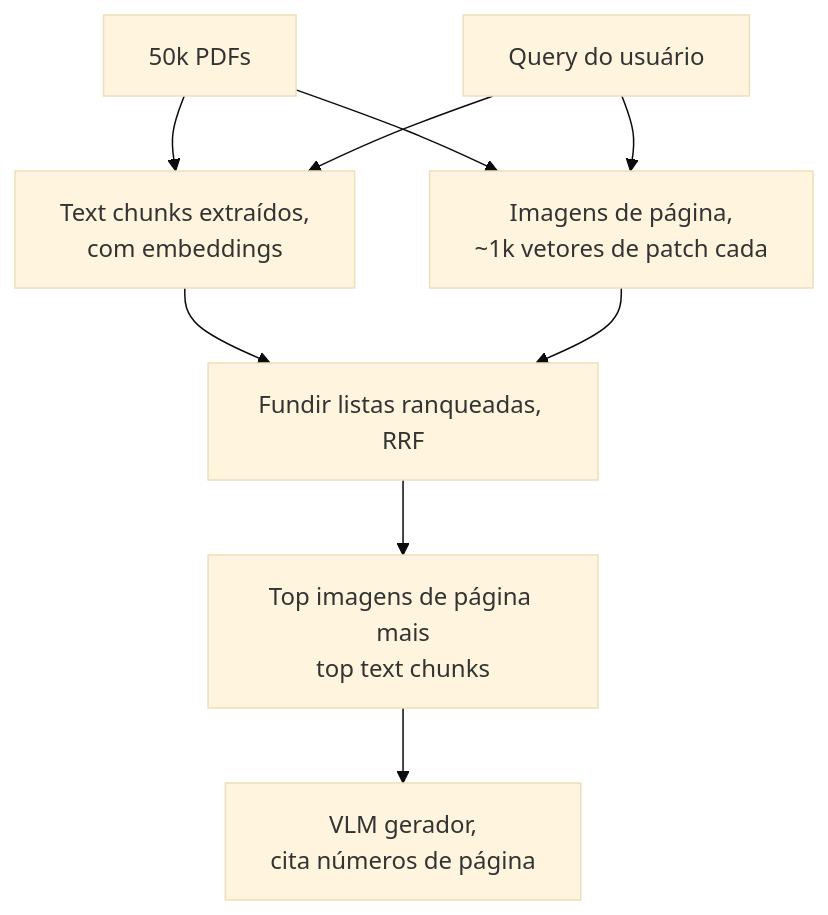
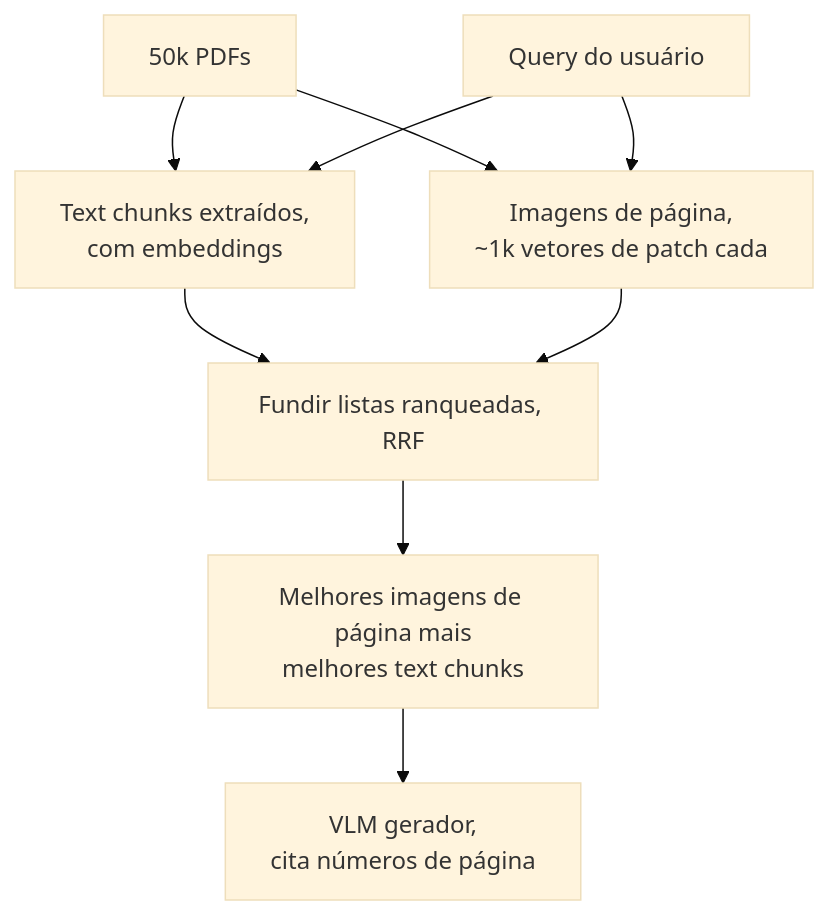
One commit to andrevberaldo/AI-Engineer-Interview-Questions changed diagram 16 of 21 in 10-multimodal/questions.pt-BR.md. Above: the diagram before and after it, drawn with Mermaid (base theme). The commit also changed other lines of this file and 1 other file, not shown here.

````diff
--- a/10-multimodal/questions.pt-BR.md
+++ b/10-multimodal/questions.pt-BR.md
@@ -715,11 +715,11 @@
 ```mermaid
 flowchart TD
     A["50k PDFs"] --> B["Text chunks extraídos,<br/>com embeddings"]
     A --> C["Imagens de página,<br/>~1k vetores de patch cada"]
     D["Query do usuário"] --> B
     D --> C
     B --> E["Fundir listas ranqueadas, RRF"]
     C --> E
-    E --> F["Top imagens de página mais<br/>top text chunks"]
+    E --> F["Melhores imagens de página mais<br/>melhores text chunks"]
     F --> G["VLM gerador,<br/>cita números de página"]
 ```
````
